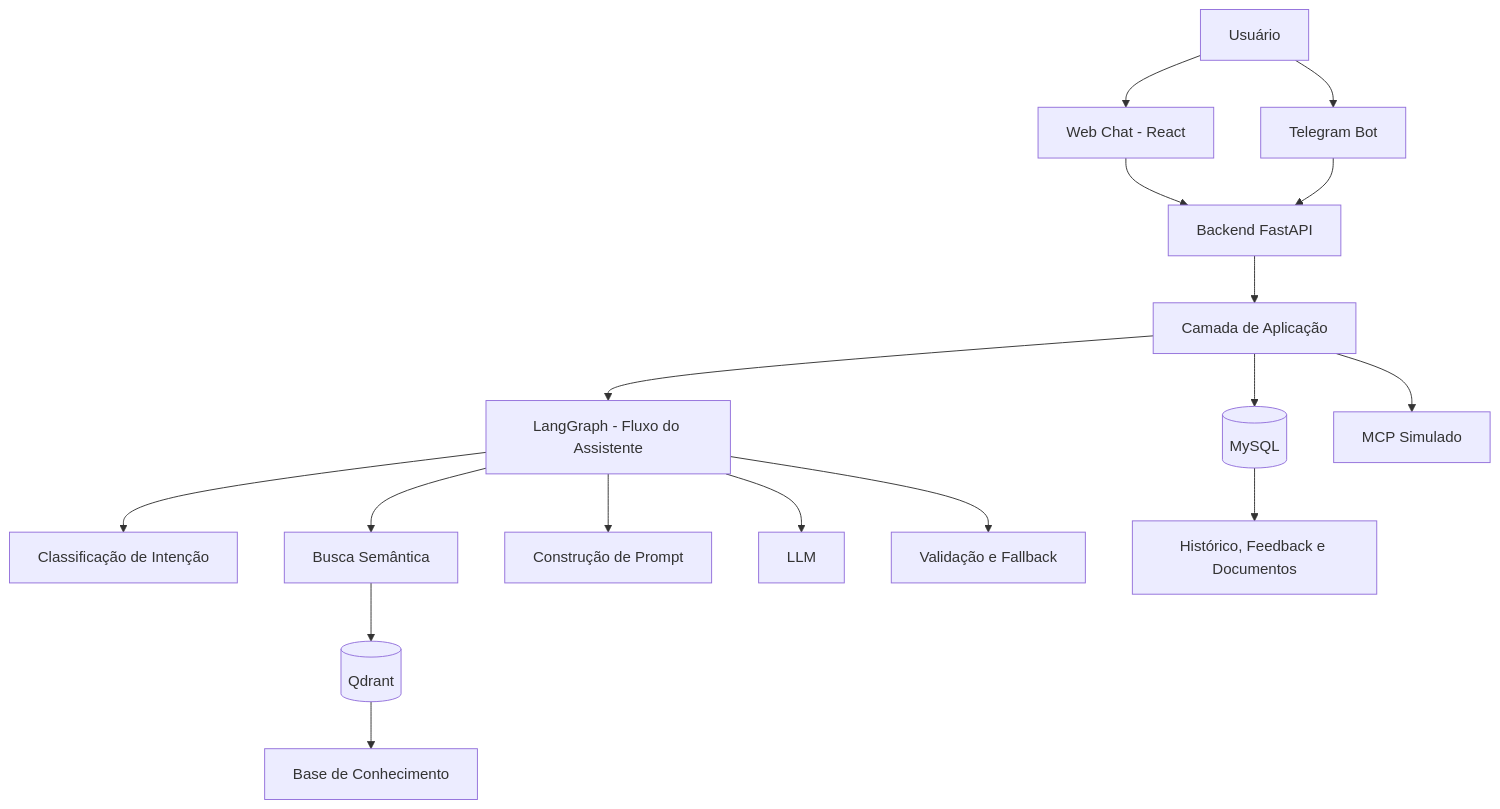
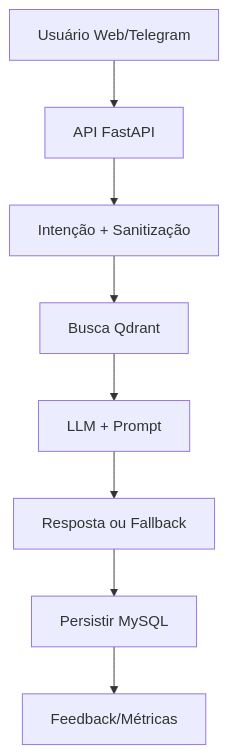
The first of 10 diagrams in readme.md (m4n1nh0/AssistAI), drawn with Mermaid before and after one commit. The commit also changed other lines of this file and 142 other files, not shown here.

````diff
--- a/readme.md
+++ b/readme.md
@@ -99,24 +99,10 @@
 ```mermaid
 flowchart TD
-    U[Usuário] --> WEB[Web Chat - React]
-    U --> TG[Telegram Bot]
-
-    WEB --> API[Backend FastAPI]
-    TG --> API
-
-    API --> APP[Camada de Aplicação]
-    APP --> GRAPH[LangGraph - Fluxo do Assistente]
-
-    GRAPH --> INTENT[Classificação de Intenção]
-    GRAPH --> RETRIEVAL[Busca Semântica]
-    GRAPH --> PROMPT[Construção de Prompt]
-    GRAPH --> LLM[LLM]
-    GRAPH --> VALIDATION[Validação e Fallback]
-
-    RETRIEVAL --> QDRANT[(Qdrant)]
-    APP --> MYSQL[(MySQL)]
-    APP --> MCP[MCP Simulado]
-
-    QDRANT --> KB[Base de Conhecimento]
-    MYSQL --> HIST[Histórico, Feedback e Documentos]
+    A[Usuário Web/Telegram] --> B[API FastAPI]
+    B --> C[Intenção + Sanitização]
+    C --> D[Busca Qdrant]
+    D --> E[LLM + Prompt]
+    E --> F[Resposta ou Fallback]
+    F --> G[Persistir MySQL]
+    G --> H[Feedback/Métricas]
 ```
````
